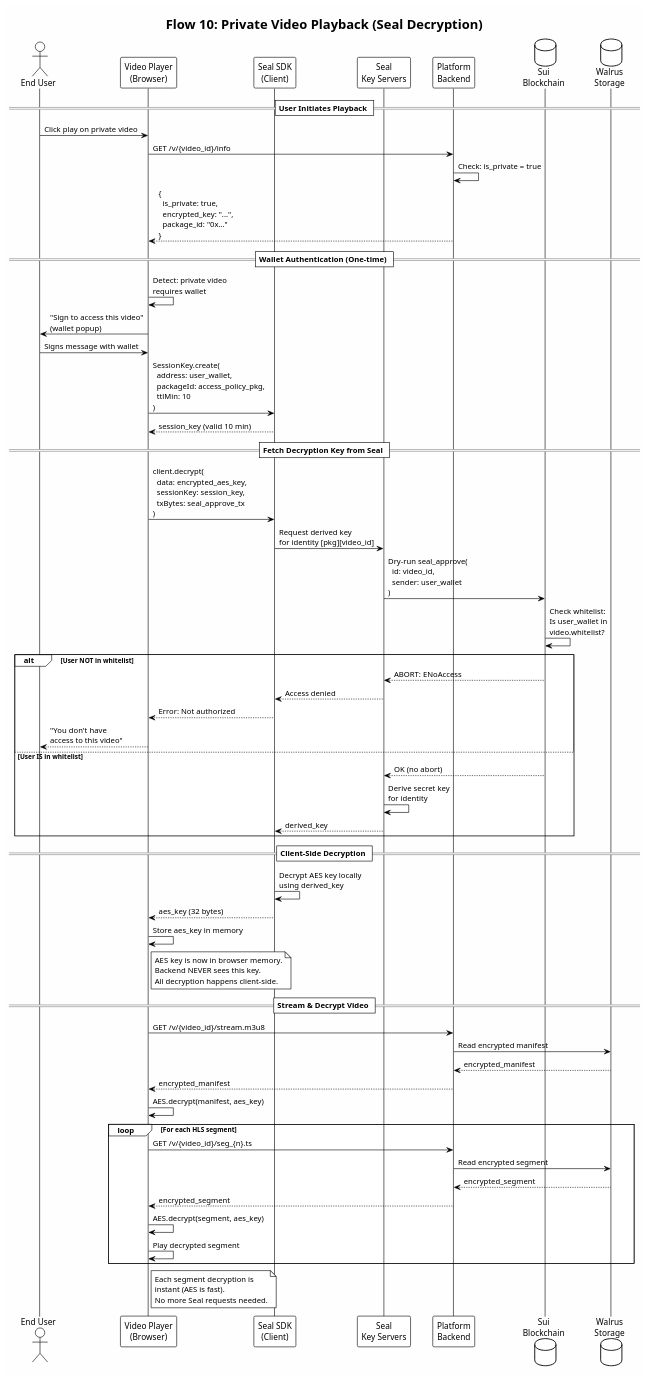
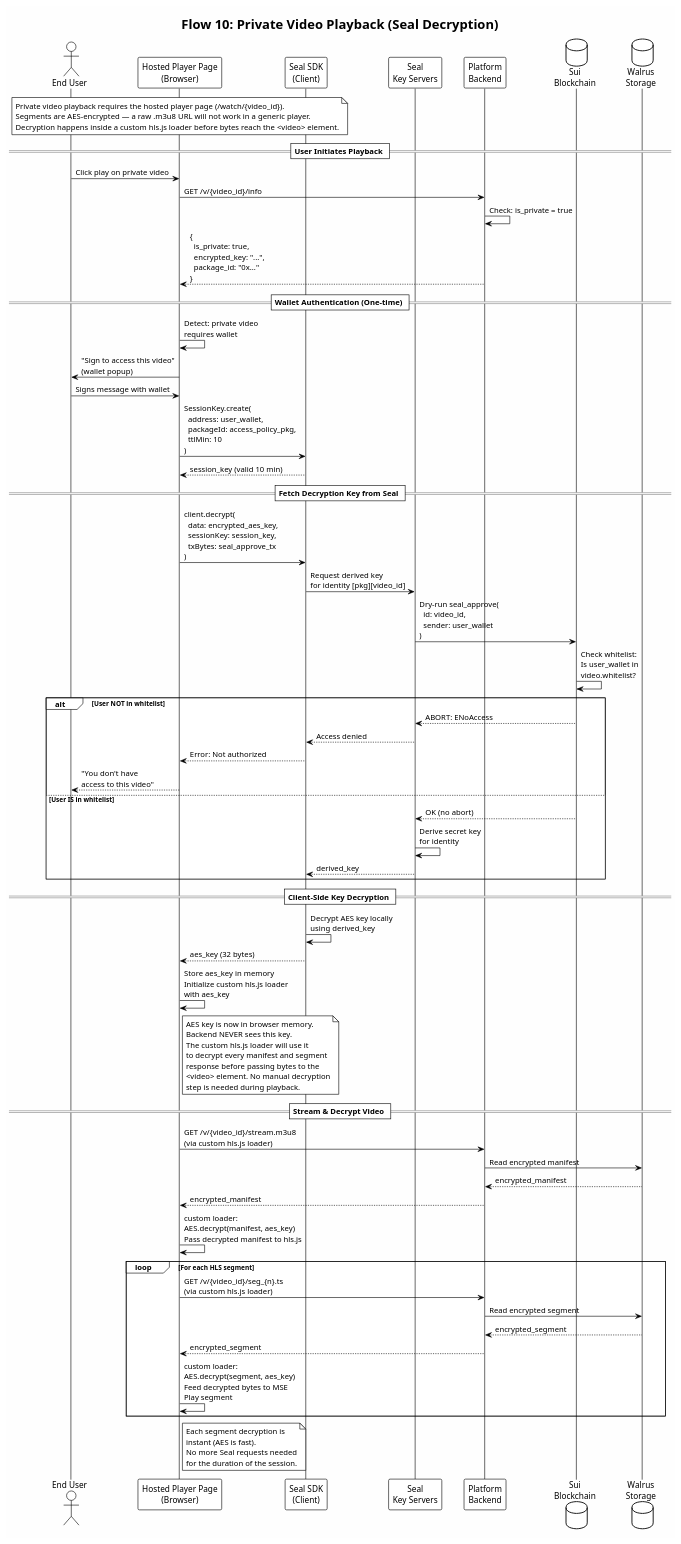
One commit to node101-io/walrus-rfp-timeline-milestones changed the diagram in diagrams/10-private-video-playback.puml. Above: the diagram before and after it, drawn with PlantUML. The commit also changed 2 other files, not shown here.

```diff
--- a/diagrams/10-private-video-playback.puml
+++ b/diagrams/10-private-video-playback.puml
@@ -1,95 +1,105 @@
 @startuml 10-private-video-playback
 
 !theme plain
 skinparam backgroundColor #FEFEFE
 title Flow 10: Private Video Playback (Seal Decryption)
 
 actor "End User" as User
-participant "Video Player\n(Browser)" as Player
+participant "Hosted Player Page\n(Browser)" as Player
 participant "Seal SDK\n(Client)" as SealSDK
 participant "Seal\nKey Servers" as KeyServer
 participant "Platform\nBackend" as Backend
 database "Sui\nBlockchain" as Sui
 database "Walrus\nStorage" as Walrus
+
+note over Player
+  Private video playback requires the hosted player page (/watch/{video_id}).
+  Segments are AES-encrypted — a raw .m3u8 URL will not work in a generic player.
+  Decryption happens inside a custom hls.js loader before bytes reach the <video> element.
+end note
 
 == User Initiates Playback ==
 
 User -> Player: Click play on private video
 
 Player -> Backend: GET /v/{video_id}/info
 Backend -> Backend: Check: is_private = true
 Backend --> Player: {\n  is_private: true,\n  encrypted_key: "...",\n  package_id: "0x..."\n}
 
 == Wallet Authentication (One-time) ==
 
 Player -> Player: Detect: private video\nrequires wallet
 
 Player -> User: "Sign to access this video"\n(wallet popup)
 
 User -> Player: Signs message with wallet
 
 Player -> SealSDK: SessionKey.create(\n  address: user_wallet,\n  packageId: access_policy_pkg,\n  ttlMin: 10\n)
 
 SealSDK --> Player: session_key (valid 10 min)
 
 == Fetch Decryption Key from Seal ==
 
 Player -> SealSDK: client.decrypt(\n  data: encrypted_aes_key,\n  sessionKey: session_key,\n  txBytes: seal_approve_tx\n)
 
 SealSDK -> KeyServer: Request derived key\nfor identity [pkg][video_id]
 
 KeyServer -> Sui: Dry-run seal_approve(\n  id: video_id,\n  sender: user_wallet\n)
 
 Sui -> Sui: Check whitelist:\nIs user_wallet in\nvideo.whitelist?
 
 alt User NOT in whitelist
     Sui --> KeyServer: ABORT: ENoAccess
     KeyServer --> SealSDK: Access denied
     SealSDK --> Player: Error: Not authorized
     Player --> User: "You don't have\naccess to this video"
 else User IS in whitelist
     Sui --> KeyServer: OK (no abort)
     KeyServer -> KeyServer: Derive secret key\nfor identity
     KeyServer --> SealSDK: derived_key
 end
 
-== Client-Side Decryption ==
+== Client-Side Key Decryption ==
 
 SealSDK -> SealSDK: Decrypt AES key locally\nusing derived_key
 
 SealSDK --> Player: aes_key (32 bytes)
 
-Player -> Player: Store aes_key in memory
+Player -> Player: Store aes_key in memory\nInitialize custom hls.js loader\nwith aes_key
 
 note right of Player
   AES key is now in browser memory.
   Backend NEVER sees this key.
-  All decryption happens client-side.
+  The custom hls.js loader will use it
+  to decrypt every manifest and segment
+  response before passing bytes to the
+  <video> element. No manual decryption
+  step is needed during playback.
 end note
 
 == Stream & Decrypt Video ==
 
-Player -> Backend: GET /v/{video_id}/stream.m3u8
+Player -> Backend: GET /v/{video_id}/stream.m3u8\n(via custom hls.js loader)
 Backend -> Walrus: Read encrypted manifest
 Walrus --> Backend: encrypted_manifest
 Backend --> Player: encrypted_manifest
 
-Player -> Player: AES.decrypt(manifest, aes_key)
+Player -> Player: custom loader:\nAES.decrypt(manifest, aes_key)\nPass decrypted manifest to hls.js
 
 loop For each HLS segment
-    Player -> Backend: GET /v/{video_id}/seg_{n}.ts
+    Player -> Backend: GET /v/{video_id}/seg_{n}.ts\n(via custom hls.js loader)
     Backend -> Walrus: Read encrypted segment
     Walrus --> Backend: encrypted_segment
     Backend --> Player: encrypted_segment
 
-    Player -> Player: AES.decrypt(segment, aes_key)
-    Player -> Player: Play decrypted segment
+    Player -> Player: custom loader:\nAES.decrypt(segment, aes_key)\nFeed decrypted bytes to MSE\nPlay segment
 end
 
 note right of Player
   Each segment decryption is
   instant (AES is fast).
-  No more Seal requests needed.
+  No more Seal requests needed
+  for the duration of the session.
 end note
 
 @enduml
```
